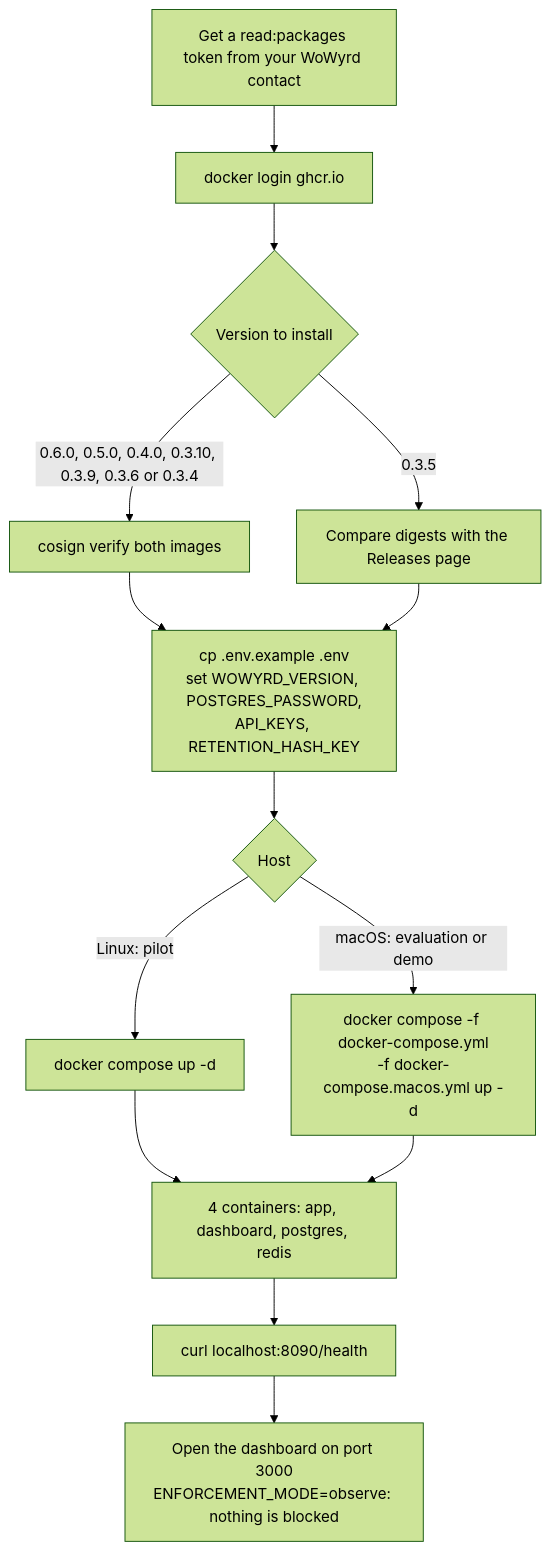
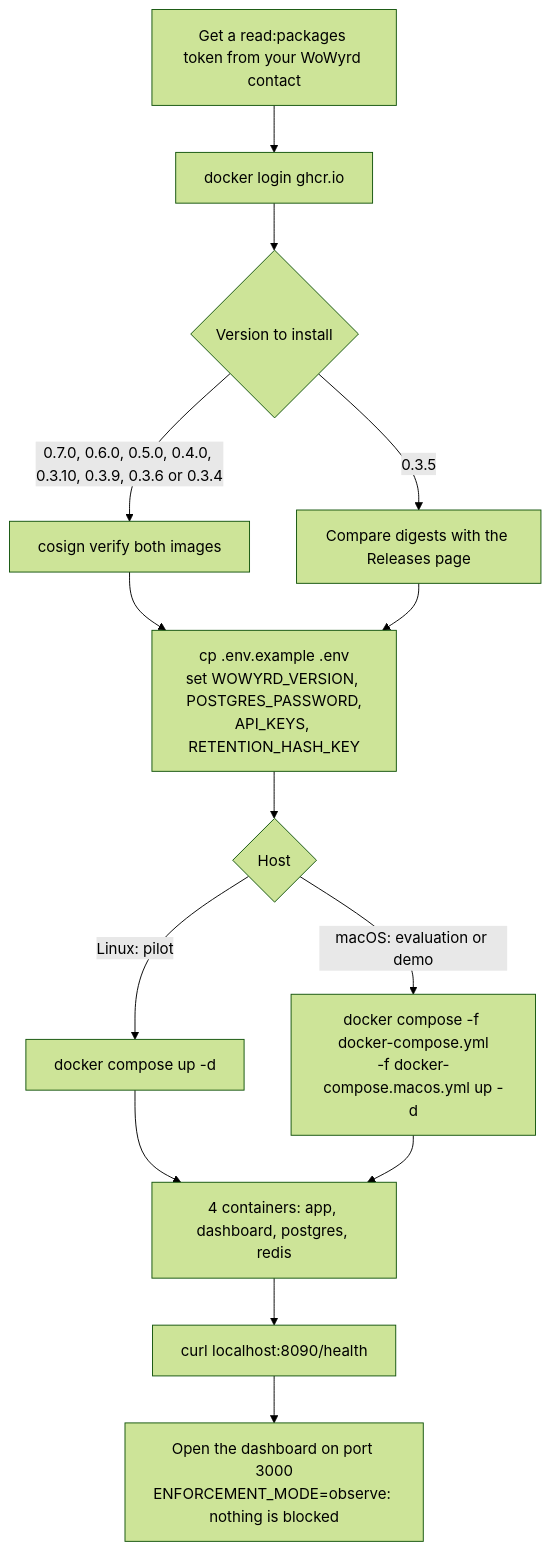
The first of 4 diagrams in INSTALL.md (chavychaze/wowyrd-pub), drawn with Mermaid (forest theme) before and after one commit. The commit also changed other lines of this file and 5 other files, not shown here.

````diff
--- a/INSTALL.md
+++ b/INSTALL.md
@@ -44,16 +44,16 @@
 ```mermaid
 flowchart TD
     A[Get a read:packages token from your WoWyrd contact] --> B[docker login ghcr.io]
     B --> C{Version to install}
-    C -->|0.6.0, 0.5.0, 0.4.0, 0.3.10, 0.3.9, 0.3.6 or 0.3.4| D[cosign verify both images]
+    C -->|0.7.0, 0.6.0, 0.5.0, 0.4.0, 0.3.10, 0.3.9, 0.3.6 or 0.3.4| D[cosign verify both images]
     C -->|0.3.5| E[Compare digests with the Releases page]
     D --> F[cp .env.example .env<br/>set WOWYRD_VERSION, POSTGRES_PASSWORD,<br/>API_KEYS, RETENTION_HASH_KEY]
     E --> F
     F --> G{Host}
     G -->|Linux: pilot| H[docker compose up -d]
     G -->|macOS: evaluation or demo| I[docker compose -f docker-compose.yml<br/>-f docker-compose.macos.yml up -d]
     H --> J[4 containers: app, dashboard, postgres, redis]
     I --> J
     J --> K[curl localhost:8090/health]
     K --> L[Open the dashboard on port 3000<br/>ENFORCEMENT_MODE=observe: nothing is blocked]
 ```
````
